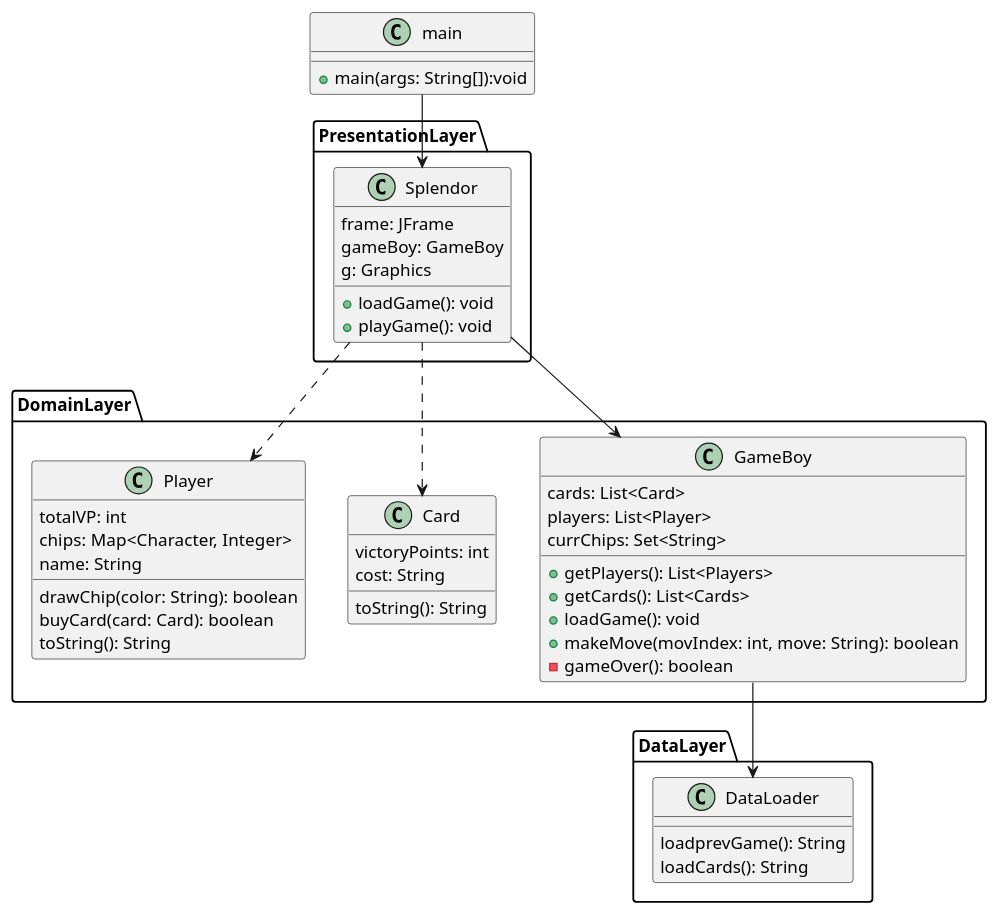
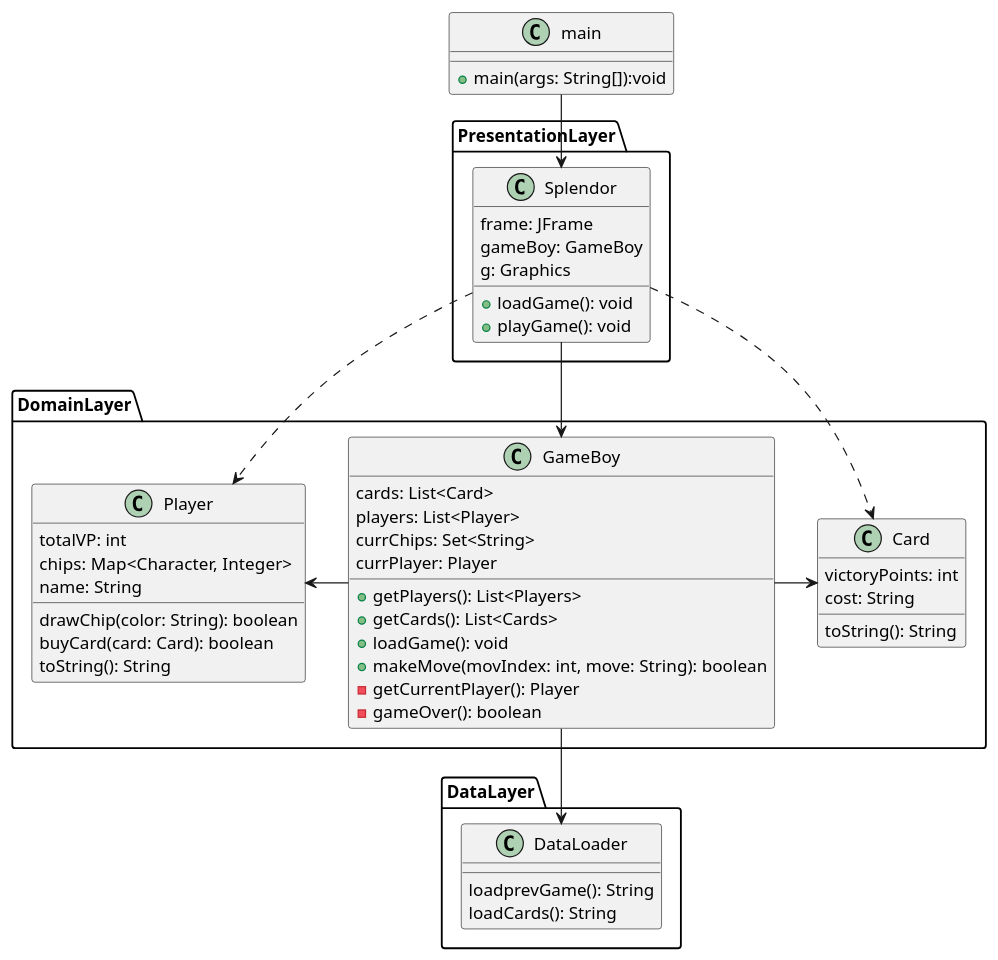
Before and after one commit to pjc0210/csse374-hw2: the diagram in src/UMLDiagram.puml, drawn with PlantUML. The commit also changed 1 other file, not shown here.

```diff
--- a/src/UMLDiagram.puml
+++ b/src/UMLDiagram.puml
@@ -1,66 +1,68 @@
 @startuml
 
 class main{
 +main(args: String[]):void
 }
 
 package PresentationLayer{
   class Splendor{
     frame: JFrame
     gameBoy: GameBoy
     g: Graphics
 
     +loadGame(): void
     +playGame(): void
-
   }
 }
 
 package DomainLayer{
   class GameBoy{
     cards: List<Card>
     players: List<Player>
     currChips: Set<String>
-
+    currPlayer: Player
     +getPlayers(): List<Players>
     +getCards(): List<Cards>
     +loadGame(): void
     +makeMove(movIndex: int, move: String): boolean
+    -getCurrentPlayer(): Player
     -gameOver(): boolean
   }
 
   class Card{
     victoryPoints: int
     cost: String
     toString(): String
   }
 
   class Player{
     totalVP: int
     chips: Map<Character, Integer>
     name: String
     drawChip(color: String): boolean
     buyCard(card: Card): boolean
     toString(): String
   }
 }
 package DataLayer{
-
   class DataLoader{
    loadprevGame(): String
    loadCards(): String
   }
 }
 
 main --> Splendor
 
 Splendor --> GameBoy
 
 Splendor ..> Card
 
 Splendor ..> Player
 
 GameBoy --> DataLoader
 
+GameBoy -r-> Card
+
+GameBoy -l-> Player
 
 @enduml
```
